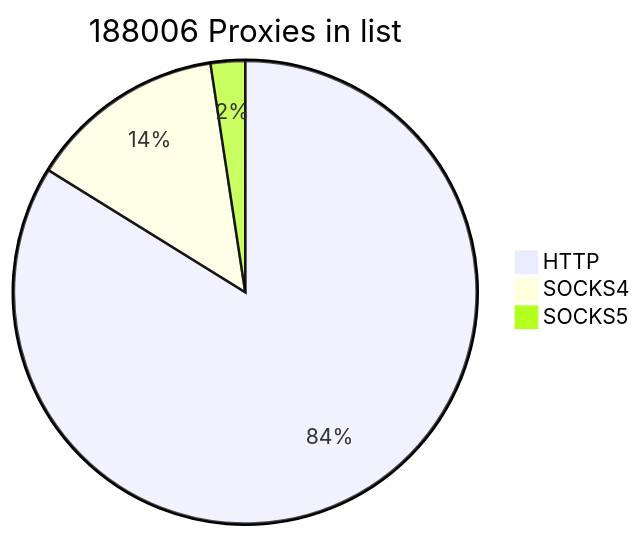
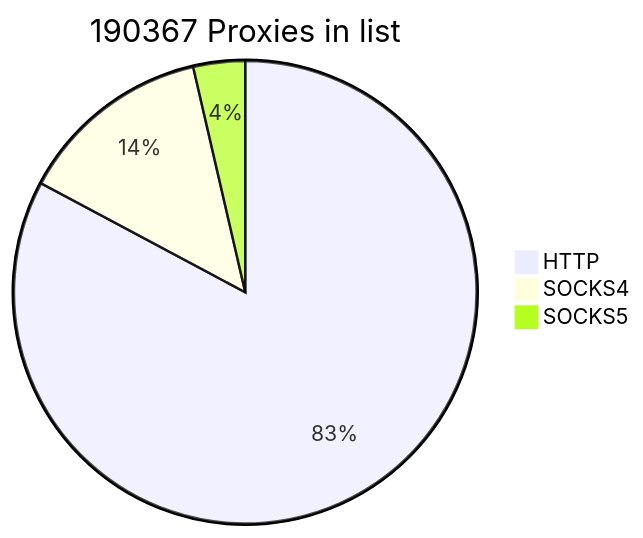
One commit to cutipu/proxylist changed the first of 2 diagrams in README.md. Above: the diagram before and after it, drawn with Mermaid. The commit also changed other lines of this file, not shown here.

````diff
--- a/README.md
+++ b/README.md
@@ -2,7 +2,7 @@
 ```mermaid
-pie title 188006 Proxies in list
+pie title 190367 Proxies in list
     "HTTP" : 157620
-    "SOCKS4" : 25864
-    "SOCKS5" : 4522
+    "SOCKS4" : 25862
+    "SOCKS5" : 6885
             
 ```
````
